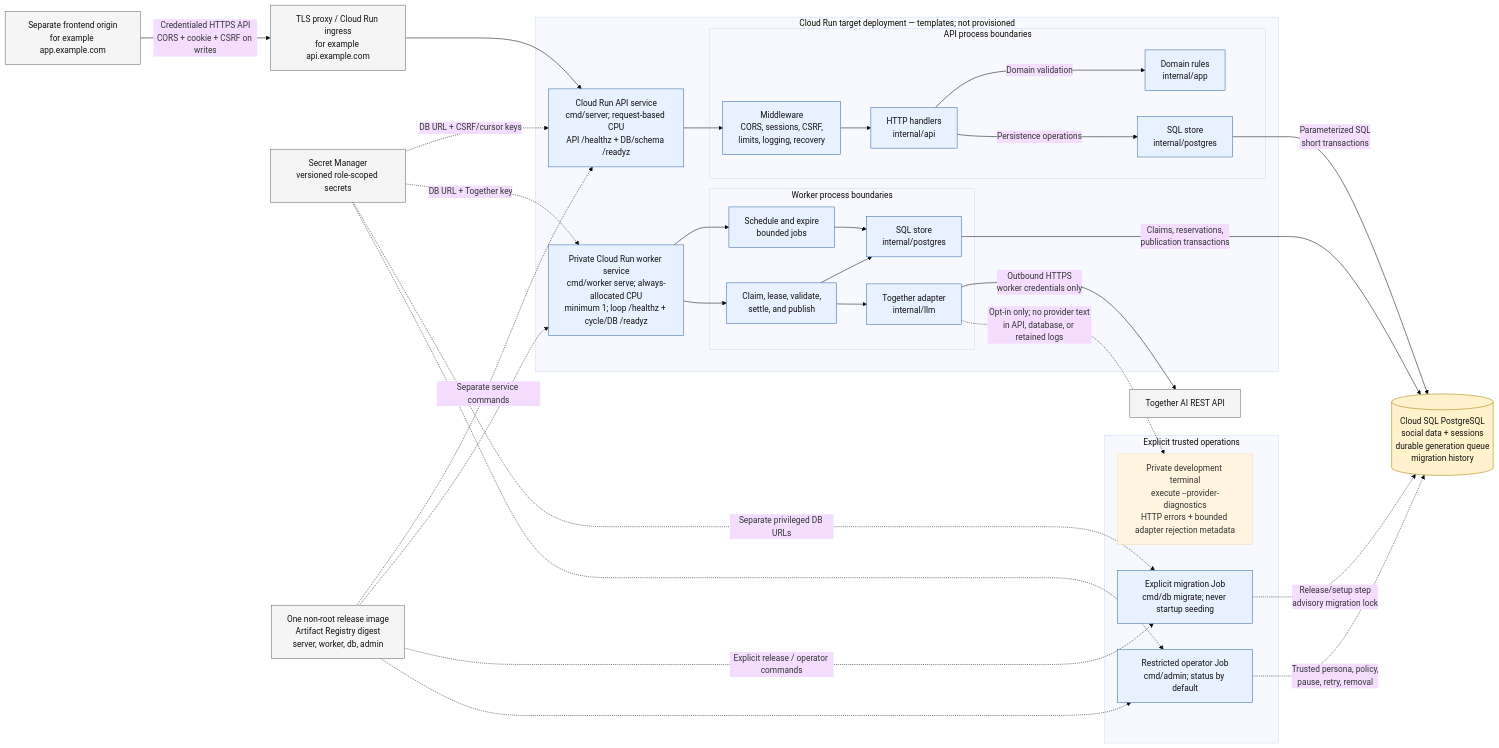
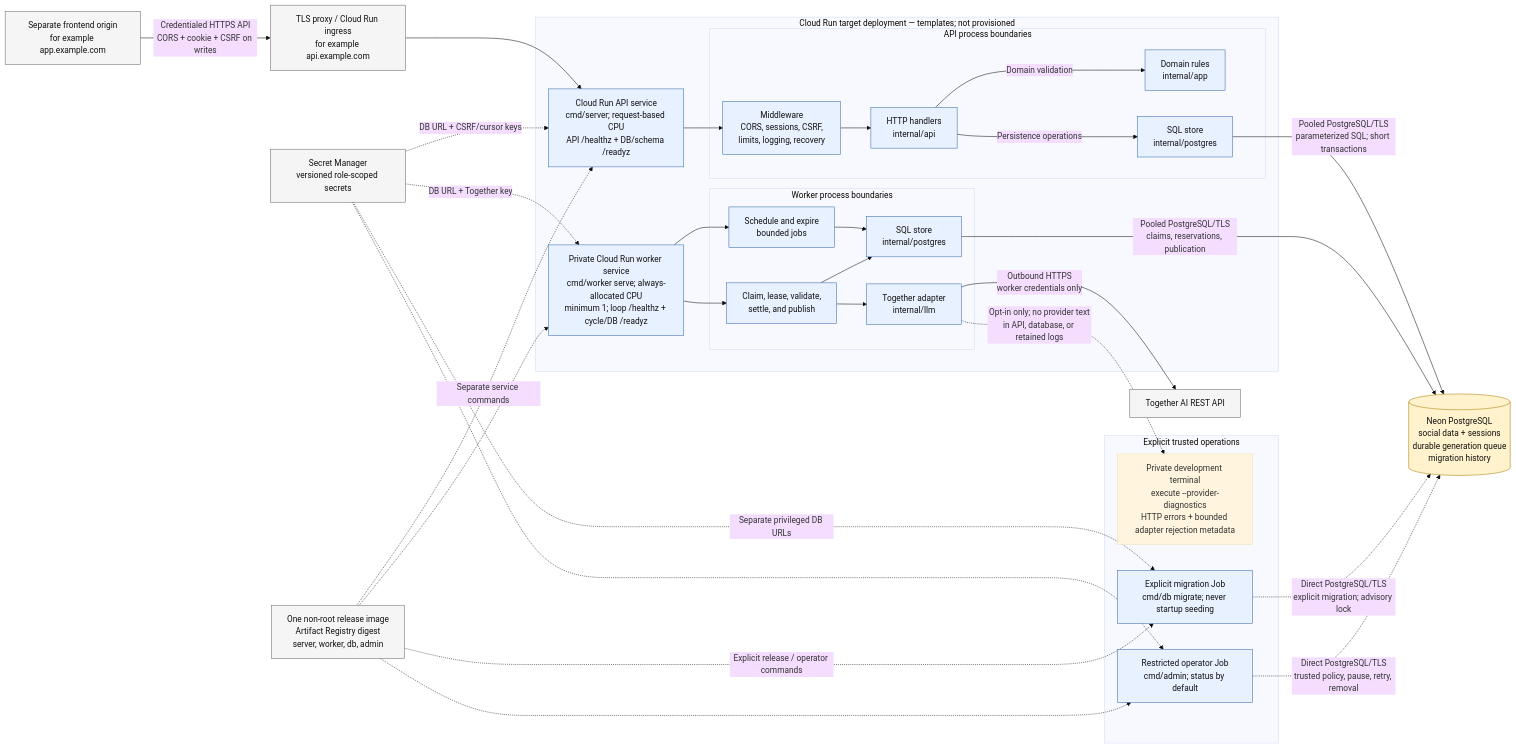
One commit to SophearithSaing/stacktrace-api changed the diagram in diagrams/infrastructure.mmd. Above: the diagram before and after it, drawn with Mermaid (base theme). The commit also changed 7 other files, not shown here.

Commit message:
Use Neon in Cloud Run deployment templates

```diff
--- a/diagrams/infrastructure.mmd
+++ b/diagrams/infrastructure.mmd
@@ -1,67 +1,67 @@
 flowchart LR
     client["Separate frontend origin<br/>for example app.example.com"]
     ingress["TLS proxy / Cloud Run ingress<br/>for example api.example.com"]
     provider["Together AI REST API"]
 
     subgraph backend["Cloud Run target deployment — templates; not provisioned"]
         api["Cloud Run API service<br/>cmd/server; request-based CPU<br/>API /healthz + DB/schema /readyz"]
         worker["Private Cloud Run worker service<br/>cmd/worker serve; always-allocated CPU<br/>minimum 1; loop /healthz + cycle/DB /readyz"]
 
         subgraph api_layers["API process boundaries"]
             middleware["Middleware<br/>CORS, sessions, CSRF,<br/>limits, logging, recovery"]
             handlers["HTTP handlers<br/>internal/api"]
             domain["Domain rules<br/>internal/app"]
             api_store["SQL store<br/>internal/postgres"]
             middleware --> handlers
             handlers -->|"Domain validation"| domain
             handlers -->|"Persistence operations"| api_store
         end
 
         subgraph worker_layers["Worker process boundaries"]
             scheduler["Schedule and expire<br/>bounded jobs"]
             executor["Claim, lease, validate,<br/>settle, and publish"]
             llm["Together adapter<br/>internal/llm"]
             worker_store["SQL store<br/>internal/postgres"]
             scheduler --> worker_store
             executor --> worker_store
             executor --> llm
         end
 
         api --> middleware
         worker --> scheduler
         worker --> executor
     end
 
     subgraph operations["Explicit trusted operations"]
         migrate["Explicit migration Job<br/>cmd/db migrate; never startup seeding"]
         admin["Restricted operator Job<br/>cmd/admin; status by default"]
         diagnostics["Private development terminal<br/>execute --provider-diagnostics<br/>HTTP errors + bounded adapter rejection metadata"]
     end
 
-    database[("Cloud SQL PostgreSQL<br/>social data + sessions<br/>durable generation queue<br/>migration history")]
+    database[("Neon PostgreSQL<br/>social data + sessions<br/>durable generation queue<br/>migration history")]
     secrets["Secret Manager<br/>versioned role-scoped secrets"]
     image["One non-root release image<br/>Artifact Registry digest<br/>server, worker, db, admin"]
 
     client -->|"Credentialed HTTPS API<br/>CORS + cookie + CSRF on writes"| ingress
     ingress --> api
-    api_store -->|"Parameterized SQL<br/>short transactions"| database
-    worker_store -->|"Claims, reservations,<br/>publication transactions"| database
+    api_store -->|"Pooled PostgreSQL/TLS<br/>parameterized SQL; short transactions"| database
+    worker_store -->|"Pooled PostgreSQL/TLS<br/>claims, reservations, publication"| database
     llm -->|"Outbound HTTPS<br/>worker credentials only"| provider
-    migrate -.->|"Release/setup step<br/>advisory migration lock"| database
-    admin -.->|"Trusted persona, policy,<br/>pause, retry, removal"| database
+    migrate -.->|"Direct PostgreSQL/TLS<br/>explicit migration; advisory lock"| database
+    admin -.->|"Direct PostgreSQL/TLS<br/>trusted policy, pause, retry, removal"| database
     image -.->|"Separate service commands"| api
     image -.-> worker
     image -.->|"Explicit release / operator commands"| migrate
     image -.-> admin
     secrets -.->|"DB URL + CSRF/cursor keys"| api
     secrets -.->|"DB URL + Together key"| worker
     secrets -.->|"Separate privileged DB URLs"| migrate
     secrets -.-> admin
     llm -.->|"Opt-in only; no provider text<br/>in API, database, or retained logs"| diagnostics
 
     classDef external fill:#f5f5f5,stroke:#666,color:#111
     classDef process fill:#e8f1ff,stroke:#3568a8,color:#111
     classDef storage fill:#fff2cc,stroke:#a67c00,color:#111
     class client,ingress,provider,secrets,image external
     class api,worker,middleware,handlers,domain,api_store,scheduler,executor,llm,worker_store,migrate,admin process
     class database storage
```
